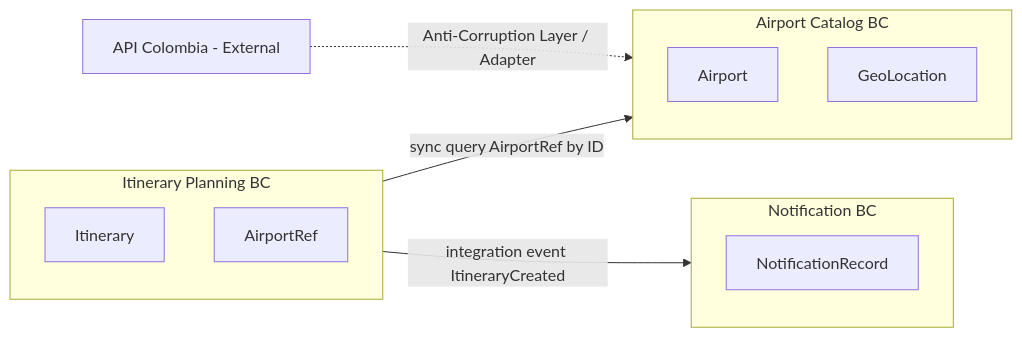
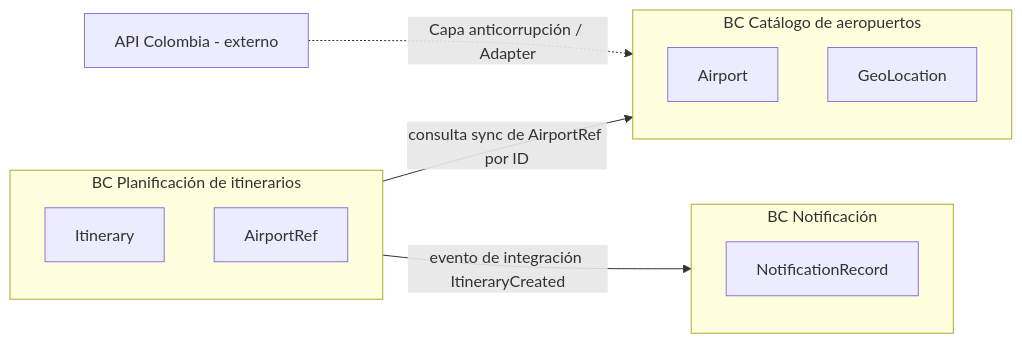
One commit to bue221/proyecto-arquitectura-software-emergente changed the diagram in wiki/Bounded-contexts.md. Above: the diagram before and after it, drawn with Mermaid. The commit also changed other lines of this file and 38 other files, not shown here.

````diff
--- a/wiki/Bounded-contexts.md
+++ b/wiki/Bounded-contexts.md
@@ -8,22 +8,22 @@
 ```mermaid
 flowchart LR
-  subgraph AirportBC [Airport Catalog BC]
+  subgraph AirportBC [BC Catálogo de aeropuertos]
     AP[Airport]
     LOC[GeoLocation]
   end
 
-  subgraph ItineraryBC [Itinerary Planning BC]
+  subgraph ItineraryBC [BC Planificación de itinerarios]
     IT[Itinerary]
     REF[AirportRef]
   end
 
-  subgraph NotifyBC [Notification BC]
+  subgraph NotifyBC [BC Notificación]
     N[NotificationRecord]
   end
 
-  EXT[API Colombia - External]
+  EXT[API Colombia - externo]
 
-  EXT -.->|Anti-Corruption Layer / Adapter| AirportBC
-  ItineraryBC -->|sync query AirportRef by ID| AirportBC
-  ItineraryBC -->|integration event ItineraryCreated| NotifyBC
+  EXT -.->|Capa anticorrupción / Adapter| AirportBC
+  ItineraryBC -->|consulta sync de AirportRef por ID| AirportBC
+  ItineraryBC -->|evento de integración ItineraryCreated| NotifyBC
 ```
````
